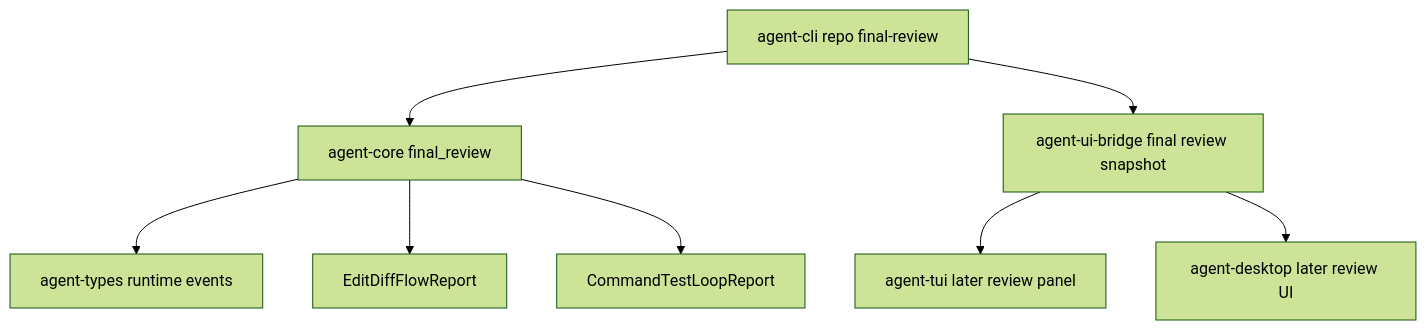
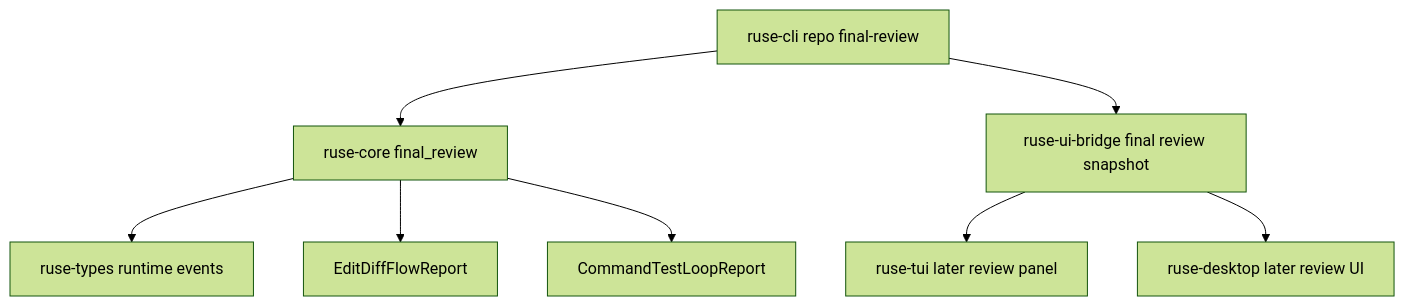
The diagram in docs/specs/M56-04-final-review-summary.spec.md (poneding/agent), drawn with Mermaid (forest theme) before and after one commit. The commit also changed other lines of this file and 2091 other files, not shown here.

First line of the commit message:
refactor: rename agent branding to ruse

````diff
--- a/docs/specs/M56-04-final-review-summary.spec.md
+++ b/docs/specs/M56-04-final-review-summary.spec.md
@@ -35,10 +35,10 @@
 ```mermaid
 flowchart TD
-  Core["agent-core final_review"] --> Types["agent-types runtime events"]
+  Core["ruse-core final_review"] --> Types["ruse-types runtime events"]
   Core --> Edit["EditDiffFlowReport"]
   Core --> Command["CommandTestLoopReport"]
-  CLI["agent-cli repo final-review"] --> Core
-  CLI --> Bridge["agent-ui-bridge final review snapshot"]
-  Bridge --> TUI["agent-tui later review panel"]
-  Bridge --> Desktop["agent-desktop later review UI"]
+  CLI["ruse-cli repo final-review"] --> Core
+  CLI --> Bridge["ruse-ui-bridge final review snapshot"]
+  Bridge --> TUI["ruse-tui later review panel"]
+  Bridge --> Desktop["ruse-desktop later review UI"]
 ```
````
